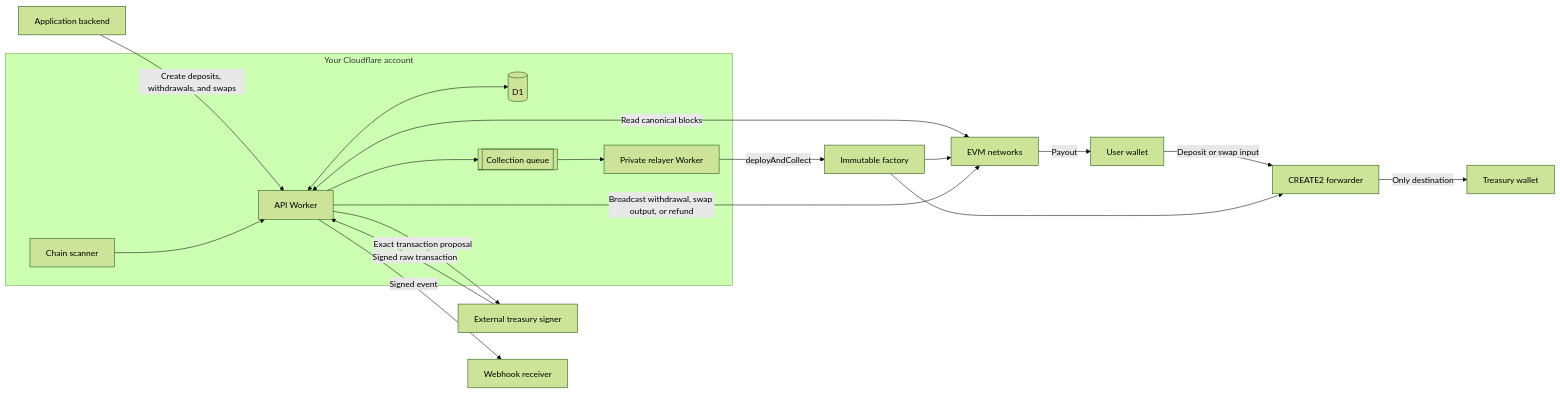
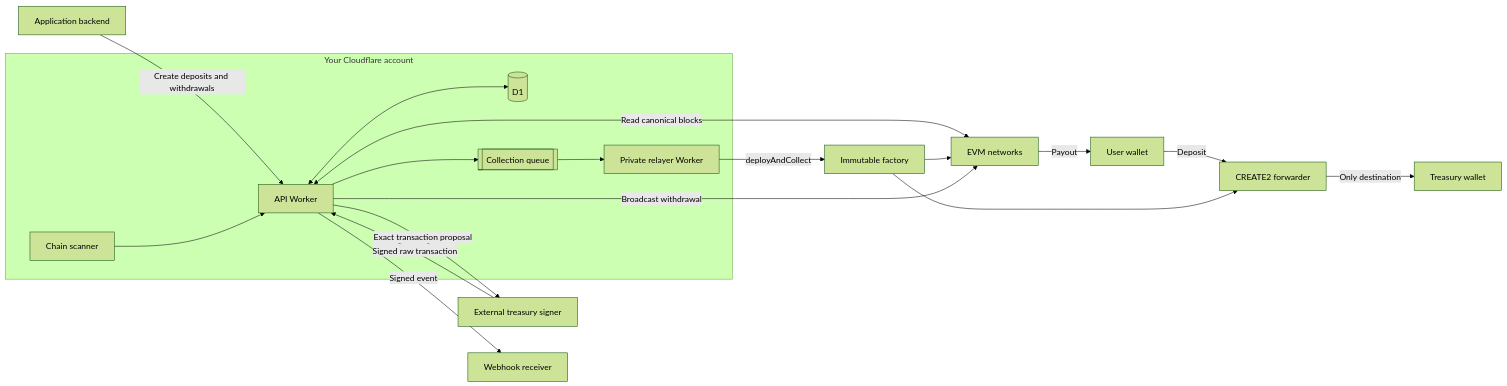
One commit to ifokeev/evm-payment-gateway changed the first of 2 diagrams in README.md. Above: the diagram before and after it, drawn with Mermaid (forest theme). The commit also changed other lines of this file and 19 other files, not shown here.

Commit message:
refactor(payments): remove cross-chain swaps (#12)

````diff
--- a/README.md
+++ b/README.md
@@ -65,35 +64,35 @@
 ```mermaid
 flowchart LR
     App["Application backend"]
     User["User wallet"]
     Signer["External treasury signer"]
     Webhook["Webhook receiver"]
     Chain["EVM networks"]
     Factory["Immutable factory"]
     Forwarder["CREATE2 forwarder"]
     Treasury["Treasury wallet"]
 
     subgraph CF["Your Cloudflare account"]
         API["API Worker"]
         DB[(D1)]
         Scanner["Chain scanner"]
         Queue[[Collection queue]]
         Relayer["Private relayer Worker"]
     end
 
-    App -->|"Create deposits, withdrawals, and swaps"| API
+    App -->|"Create deposits and withdrawals"| API
     API <--> DB
     API -->|"Signed event"| Webhook
     Scanner --> API
     API <-->|"Read canonical blocks"| Chain
-    User -->|"Deposit or swap input"| Forwarder
+    User -->|"Deposit"| Forwarder
     API --> Queue --> Relayer
     Relayer -->|"deployAndCollect"| Factory
     Factory --> Forwarder
     Forwarder -->|"Only destination"| Treasury
     Factory --> Chain
     API -->|"Exact transaction proposal"| Signer
     Signer -->|"Signed raw transaction"| API
-    API -->|"Broadcast withdrawal, swap output, or refund"| Chain
+    API -->|"Broadcast withdrawal"| Chain
     Chain -->|"Payout"| User
 ```
````
